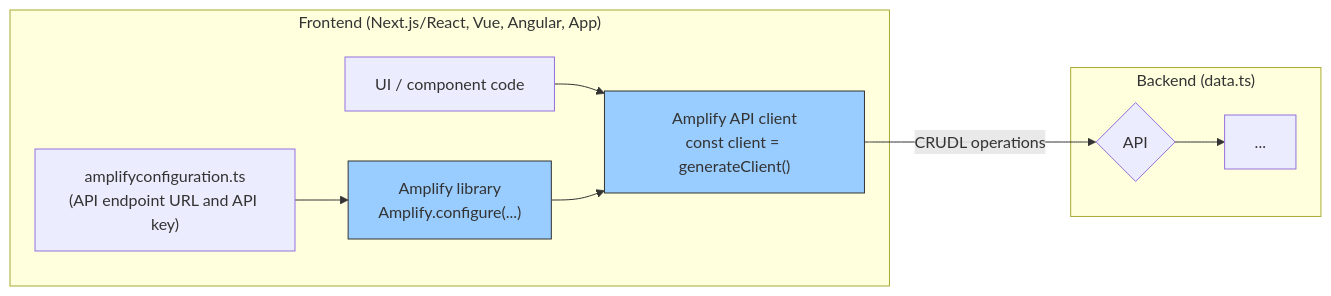
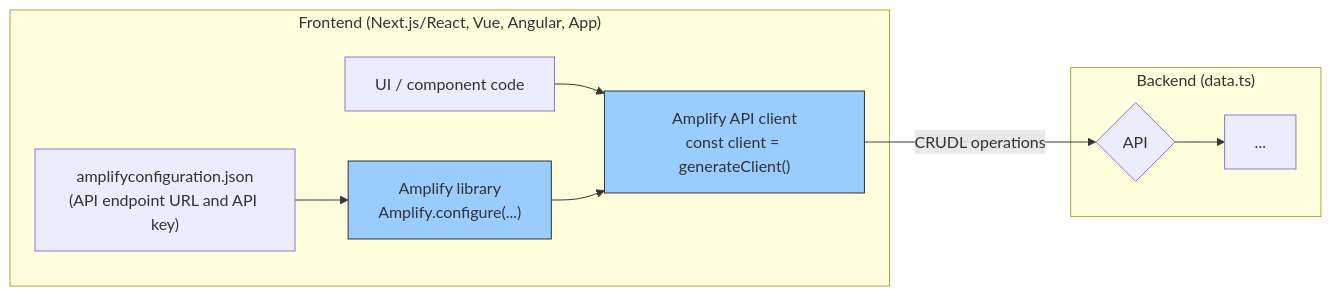
One commit to aws-amplify/docs changed the second of 2 diagrams in src/pages/gen2/build-a-backend/data/set-up-data/index.mdx. Above: the diagram before and after it, drawn with Mermaid. The commit also changed other lines of this file, not shown here.

````diff
--- a/src/pages/gen2/build-a-backend/data/set-up-data/index.mdx
+++ b/src/pages/gen2/build-a-backend/data/set-up-data/index.mdx
@@ -90,23 +90,23 @@
 ```mermaid
 graph LR
-  Z["amplifyconfiguration.ts\n(API endpoint URL and API key)"] --> Y["Amplify library\nAmplify.configure(...)"]
+  Z["amplifyconfiguration.json\n(API endpoint URL and API key)"] --> Y["Amplify library\nAmplify.configure(...)"]
   X[UI / component code] --> A
   A["Amplify API client\nconst client = generateClient()"] -->|CRUDL operations| B{API}
   Y --> A
   B --> C[...]
 
   style A fill:#9CF,stroke:#333
   style Y fill:#9CF,stroke:#333
 
   subgraph "Frontend (Next.js/React, Vue, Angular, App)"
     Z
     Y
     A
     X
   end
 
   subgraph "Backend (data.ts)"
     B
     C
   end
 ```
````
